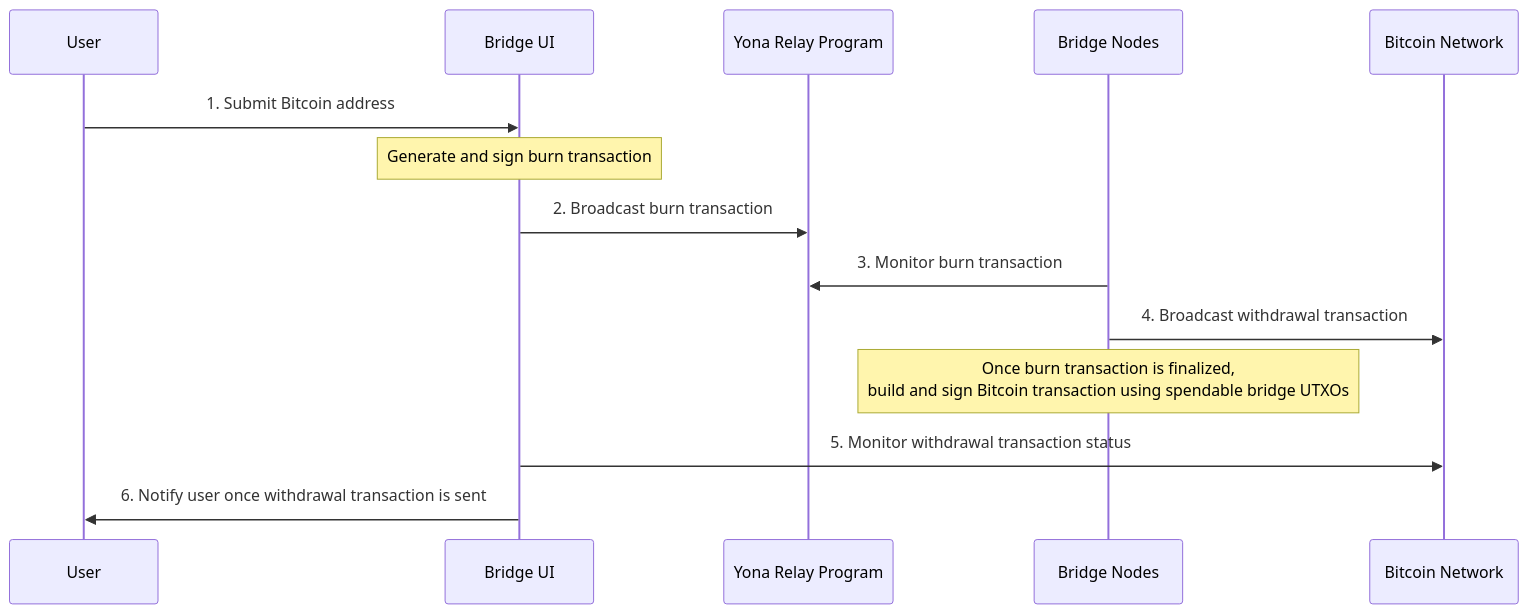
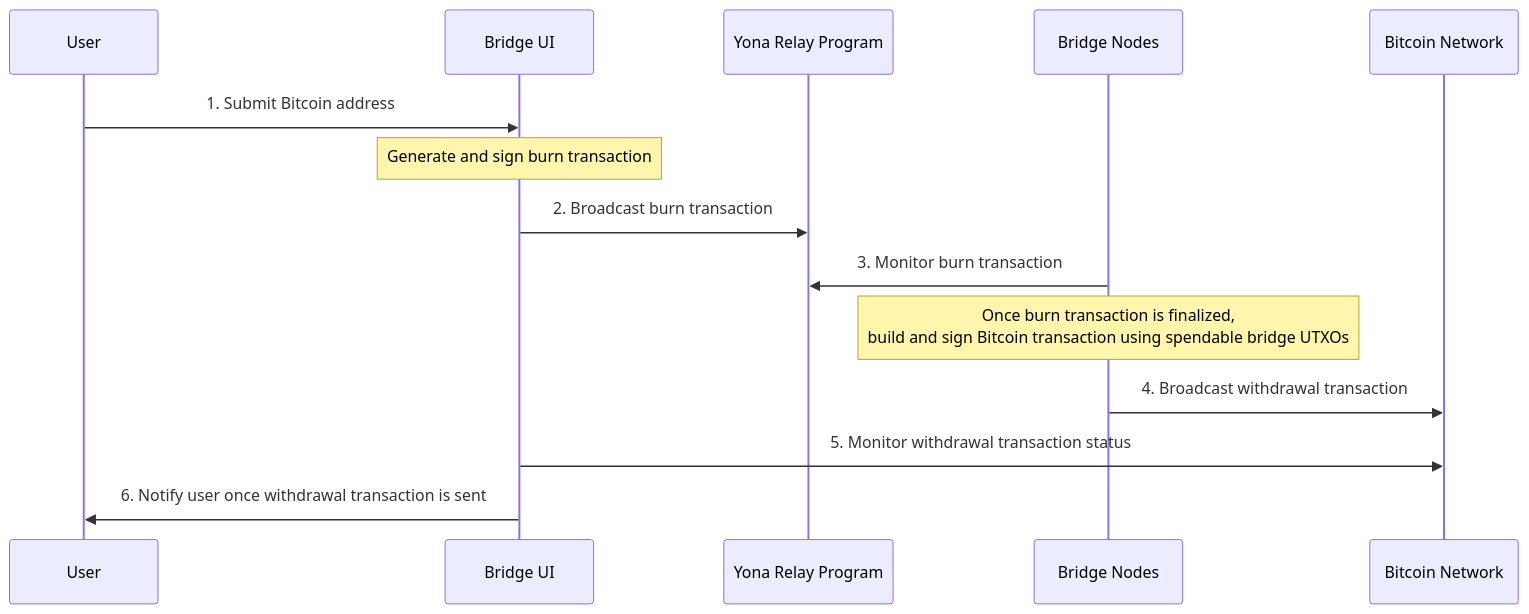
Before and after one commit to Yona-Labs/bitcoin-svm-bridge: the diagram in docs/diagrams/bridge_withdrawal.md, drawn with Mermaid. The commit also changed other lines of this file, not shown here.

Commit message:
Update bridge withdrawal diagram.

````diff
--- a/docs/diagrams/bridge_withdrawal.md
+++ b/docs/diagrams/bridge_withdrawal.md
@@ -1,16 +1,16 @@
 ```mermaid
 sequenceDiagram
     participant User
     participant Bridge UI
     participant Yona Relay Program
     participant Bridge Nodes
     participant Bitcoin Network
     User ->> Bridge UI: 1. Submit Bitcoin address
     Note over Bridge UI: Generate and sign burn transaction
     Bridge UI ->> Yona Relay Program: 2. Broadcast burn transaction
     Bridge Nodes ->> Yona Relay Program: 3. Monitor burn transaction
+    Note over Bridge Nodes: Once burn transaction is finalized,<br> build and sign Bitcoin transaction using spendable bridge UTXOs
     Bridge Nodes ->> Bitcoin Network: 4. Broadcast withdrawal transaction
-    Note over Bridge Nodes: Once burn transaction is finalized,<br> build and sign Bitcoin transaction using spendable bridge UTXOs
     Bridge UI ->> Bitcoin Network: 5. Monitor withdrawal transaction status
     Bridge UI ->> User: 6. Notify user once withdrawal transaction is sent
 ```
````
